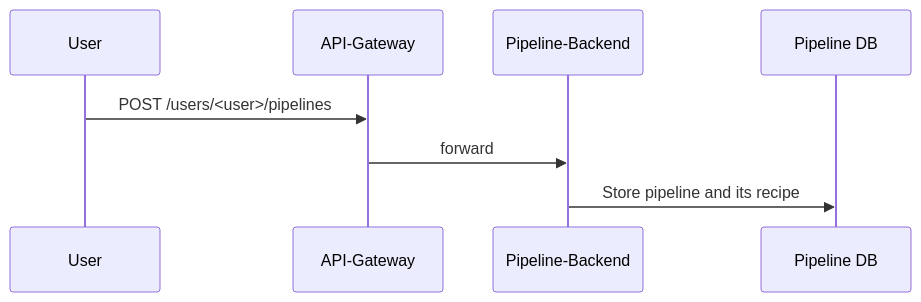
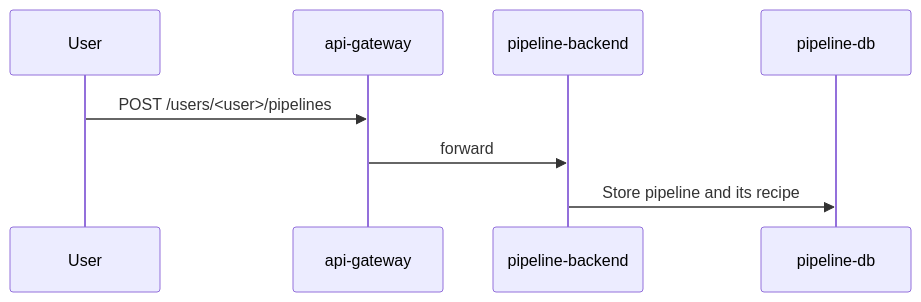
The second of 3 diagrams in .github/CONTRIBUTING.md (instill-ai/component), drawn with Mermaid before and after one commit. The commit also changed other lines of this file, not shown here.

````diff
--- a/.github/CONTRIBUTING.md
+++ b/.github/CONTRIBUTING.md
@@ -87,6 +111,11 @@
 ```mermaid
 sequenceDiagram
-    User ->> API-Gateway: POST /users/<user>/pipelines
-    API-Gateway ->> Pipeline-Backend: forward
-    Pipeline-Backend ->> Pipeline DB: Store pipeline and its recipe
+participant u as User
+participant gw as api-gateway
+participant p as pipeline-backend
+participant db as pipeline-db
+
+u ->> gw: POST /users/<user>/pipelines
+gw ->> p: forward
+p ->> db: Store pipeline and its recipe
 ```
````
